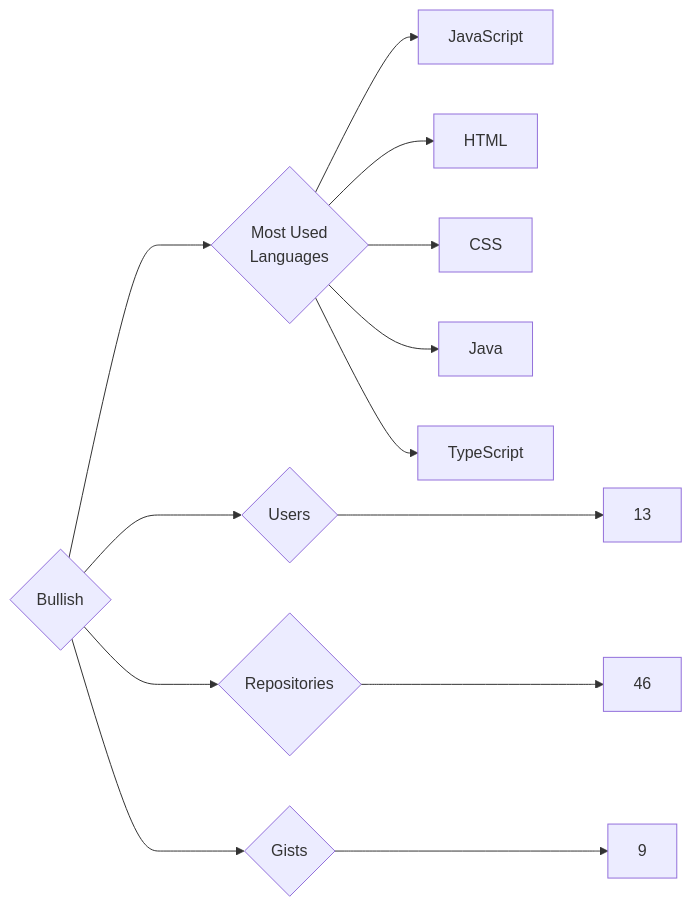
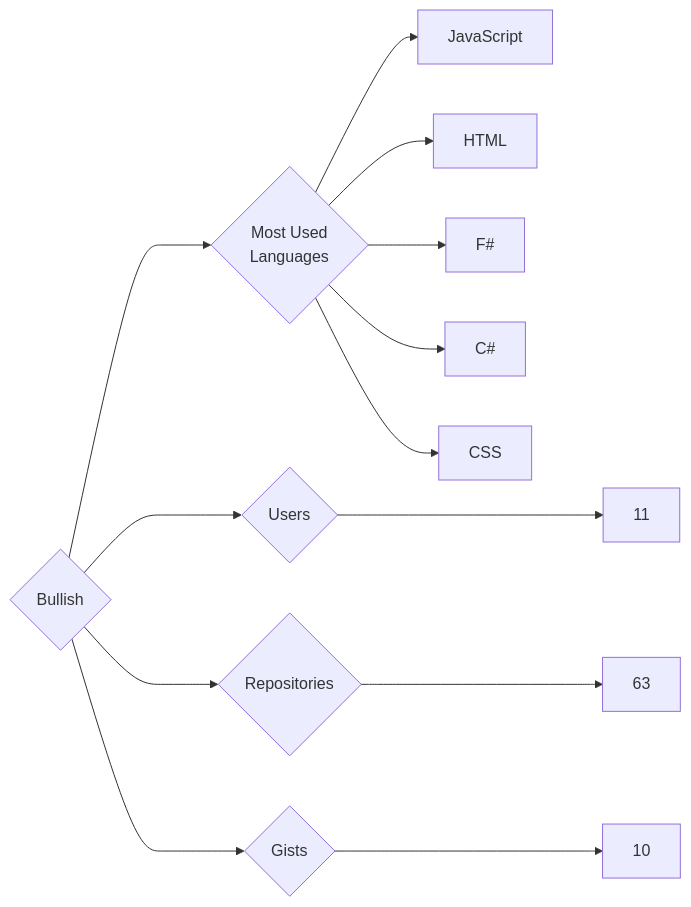
Before and after one commit to trickest/insiders: the diagram in targets/Bullish/README.md, drawn with Mermaid. The commit also changed 614 other files, not shown here.

````diff
--- a/targets/Bullish/README.md
+++ b/targets/Bullish/README.md
@@ -3,13 +3,13 @@
 ```mermaid
 graph LR
 COMPANY_NAME{Bullish}
-COMPANY_NAME ---> U{Users} ---> UN[13]
-COMPANY_NAME ---> R{Repositories} ---> RN[46]
-COMPANY_NAME ---> G{Gists} ---> GN[9]
+COMPANY_NAME ---> U{Users} ---> UN[11]
+COMPANY_NAME ---> R{Repositories} ---> RN[63]
+COMPANY_NAME ---> G{Gists} ---> GN[10]
 COMPANY_NAME ---> ML{Most Used<br>Languages}
 ML --> JavaScript[JavaScript]
 ML --> HTML[HTML]
+ML --> F#[F#]
+ML --> C#[C#]
 ML --> CSS[CSS]
-ML --> Java[Java]
-ML --> TypeScript[TypeScript]
 ```
````
